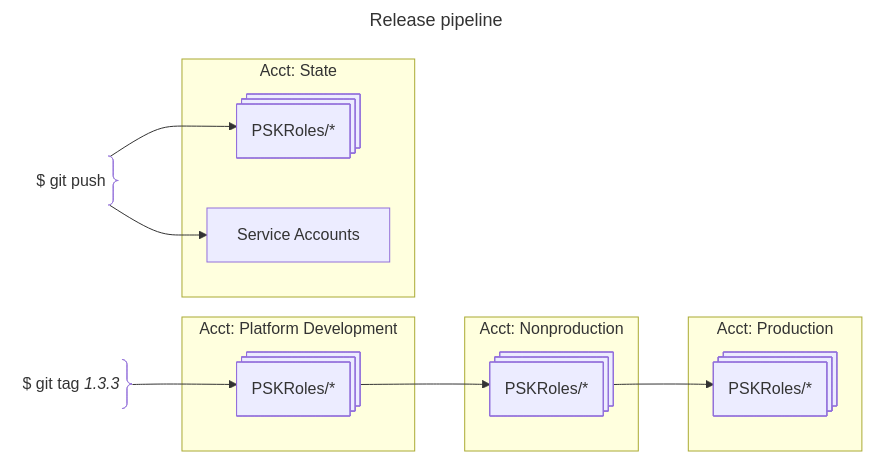
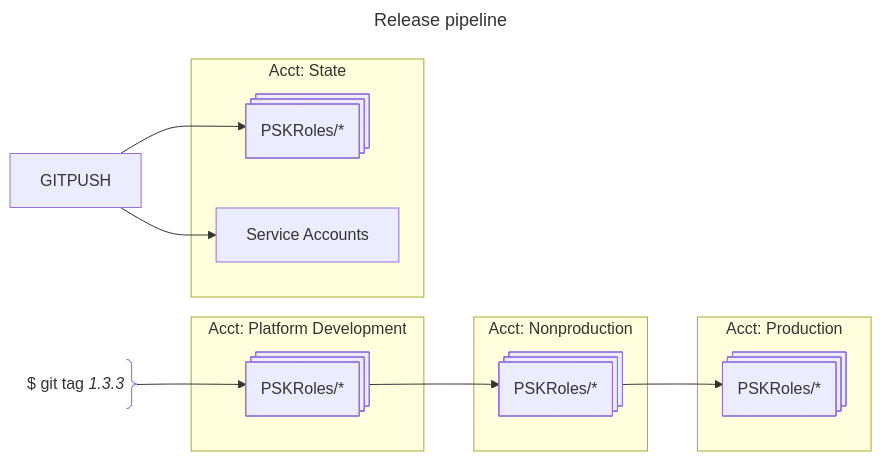
The third of 3 diagrams in README.md (twplatformlabs/psk-aws-iam-profiles), drawn with Mermaid before and after one commit.

Commit message:
[nc] minor edits

````diff
--- a/README.md
+++ b/README.md
@@ -73,26 +73,26 @@
 ```mermaid
 ---
 title: Release pipeline
 ---
 flowchart LR
 
     GITPUSH --> RS & SA
     GITTAG --> RDEV --> RNP --> RP
 
-    GITPUSH@{ shape: brace-r, label: "$ git push" }
+
     GITTAG@{ shape: brace-r, label: "$ git tag _1.3.3_" }
 
     subgraph Acct: Platform Development
         RDEV@{ shape: processes, label: "PSKRoles/*" }
     end
     subgraph Acct: Nonproduction
         RNP@{ shape: processes, label: "PSKRoles/*" }
     end
     subgraph Acct: Production
         RP@{ shape: processes, label: "PSKRoles/*" }
     end
     subgraph Acct: State
         RS@{ shape: processes, label: "PSKRoles/*" }
         SA[Service Accounts]
     end
 ```
````
